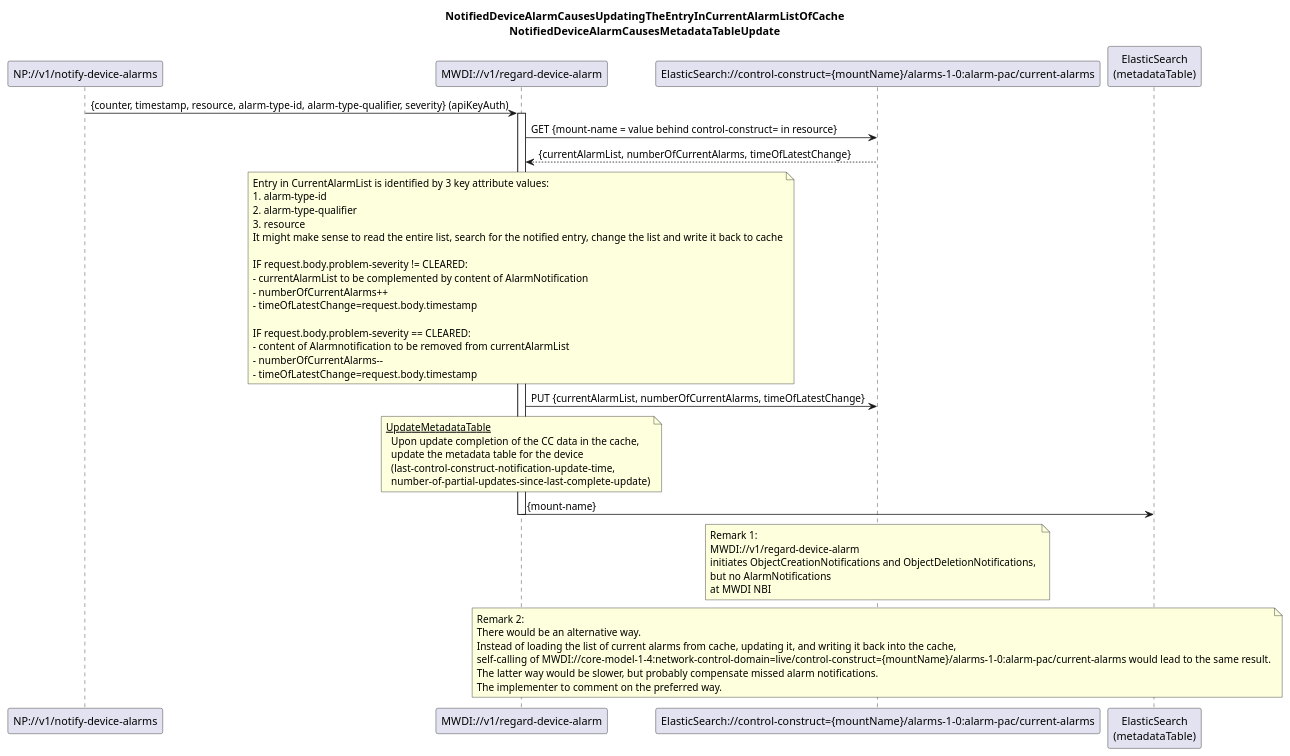
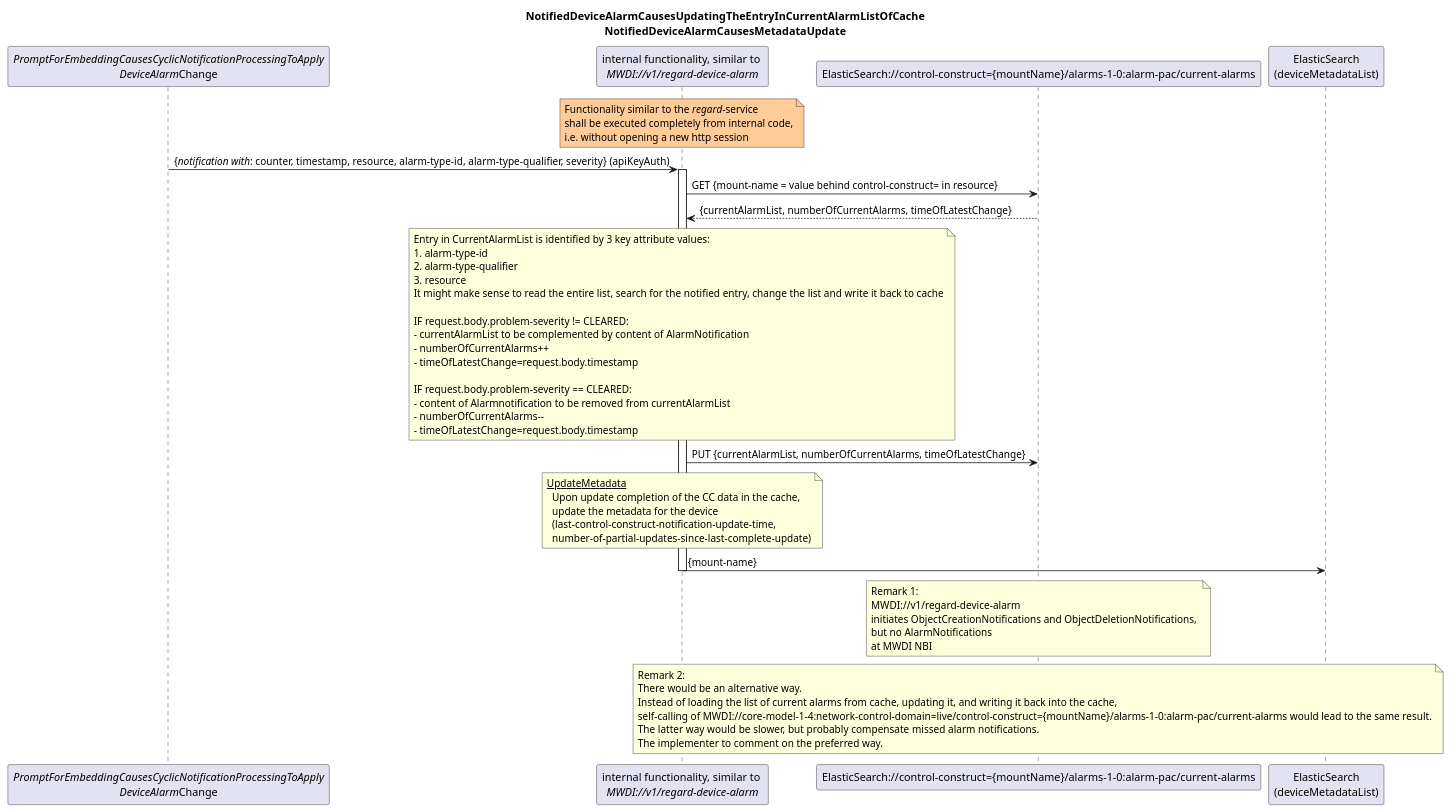
One commit to openBackhaul/MicroWaveDeviceInventory changed the diagram in spec/diagrams/022_NotificationBasedAlarmListUpdate.plantuml. Above: the diagram before and after it, drawn with PlantUML. The commit also changed 181 other files, not shown here.

```diff
--- a/spec/diagrams/022_NotificationBasedAlarmListUpdate.plantuml
+++ b/spec/diagrams/022_NotificationBasedAlarmListUpdate.plantuml
@@ -1,69 +1,75 @@
 @startuml 022_NotificationBasedAlarmListUpdate
 
 skinparam responseMessageBelowArrow true
 
 title 
   NotifiedDeviceAlarmCausesUpdatingTheEntryInCurrentAlarmListOfCache
-  NotifiedDeviceAlarmCausesMetadataTableUpdate
+  NotifiedDeviceAlarmCausesMetadataUpdate
 end title
 
-participant "NP://v1/notify-device-alarms" as subscription
-participant "MWDI://v1/regard-device-alarm" as regardAlarm
+participant "<i>PromptForEmbeddingCausesCyclicNotificationProcessingToApply</i>\n<i>DeviceAlarm</i>Change" as init
+participant "internal functionality, similar to \n<i>MWDI://v1/regard-device-alarm</i>" as regardAlarm
 participant "ElasticSearch://control-construct={mountName}/alarms-1-0:alarm-pac/current-alarms" as CurrentAlarms
-participant "ElasticSearch\n(metadataTable)" as es
+participant "ElasticSearch\n(deviceMetadataList)" as es
 
-subscription -> regardAlarm: {counter, timestamp, resource, alarm-type-id, alarm-type-qualifier, severity} (apiKeyAuth)
+note over regardAlarm #ffcc99
+  Functionality similar to the <i>regard</i>-service
+  shall be executed completely from internal code,
+  i.e. without opening a new http session
+end note
+
+init -> regardAlarm: {<i>notification with</i>: counter, timestamp, resource, alarm-type-id, alarm-type-qualifier, severity} (apiKeyAuth)
 activate regardAlarm
 
 regardAlarm -> CurrentAlarms: GET {mount-name = value behind control-construct= in resource}
 CurrentAlarms --> regardAlarm: {currentAlarmList, numberOfCurrentAlarms, timeOfLatestChange}
 
 note over regardAlarm
 Entry in CurrentAlarmList is identified by 3 key attribute values:
 1. alarm-type-id
 2. alarm-type-qualifier
 3. resource
 It might make sense to read the entire list, search for the notified entry, change the list and write it back to cache
 
 IF request.body.problem-severity != CLEARED:
 - currentAlarmList to be complemented by content of AlarmNotification
 - numberOfCurrentAlarms++
 - timeOfLatestChange=request.body.timestamp
 
 IF request.body.problem-severity == CLEARED:
 - content of Alarmnotification to be removed from currentAlarmList
 - numberOfCurrentAlarms--
 - timeOfLatestChange=request.body.timestamp
 end note
 
 regardAlarm -> CurrentAlarms: PUT {currentAlarmList, numberOfCurrentAlarms, timeOfLatestChange}
 
 note over regardAlarm
-  <u>UpdateMetadataTable</u>
+  <u>UpdateMetadata</u>
     Upon update completion of the CC data in the cache,
-    update the metadata table for the device
+    update the metadata for the device
     (last-control-construct-notification-update-time,
     number-of-partial-updates-since-last-complete-update)
 end note
 regardAlarm -> es: {mount-name}
 
 deactivate regardAlarm
 
 note over CurrentAlarms
 Remark 1: 
 MWDI://v1/regard-device-alarm 
 initiates ObjectCreationNotifications and ObjectDeletionNotifications, 
 but no AlarmNotifications 
 at MWDI NBI
 end note
 
 note over CurrentAlarms
 Remark 2: 
 There would be an alternative way.
 Instead of loading the list of current alarms from cache, updating it, and writing it back into the cache,
 self-calling of MWDI://core-model-1-4:network-control-domain=live/control-construct={mountName}/alarms-1-0:alarm-pac/current-alarms would lead to the same result.
 The latter way would be slower, but probably compensate missed alarm notifications.
 The implementer to comment on the preferred way.
 end note
 
 @enduml
```
